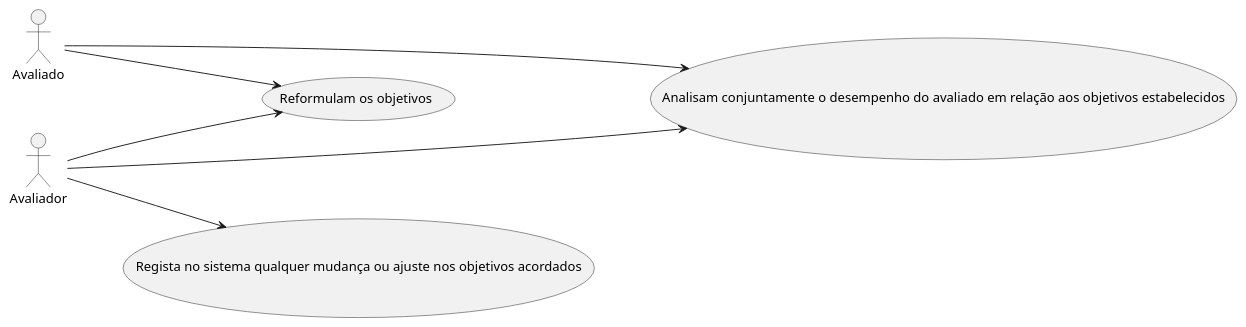
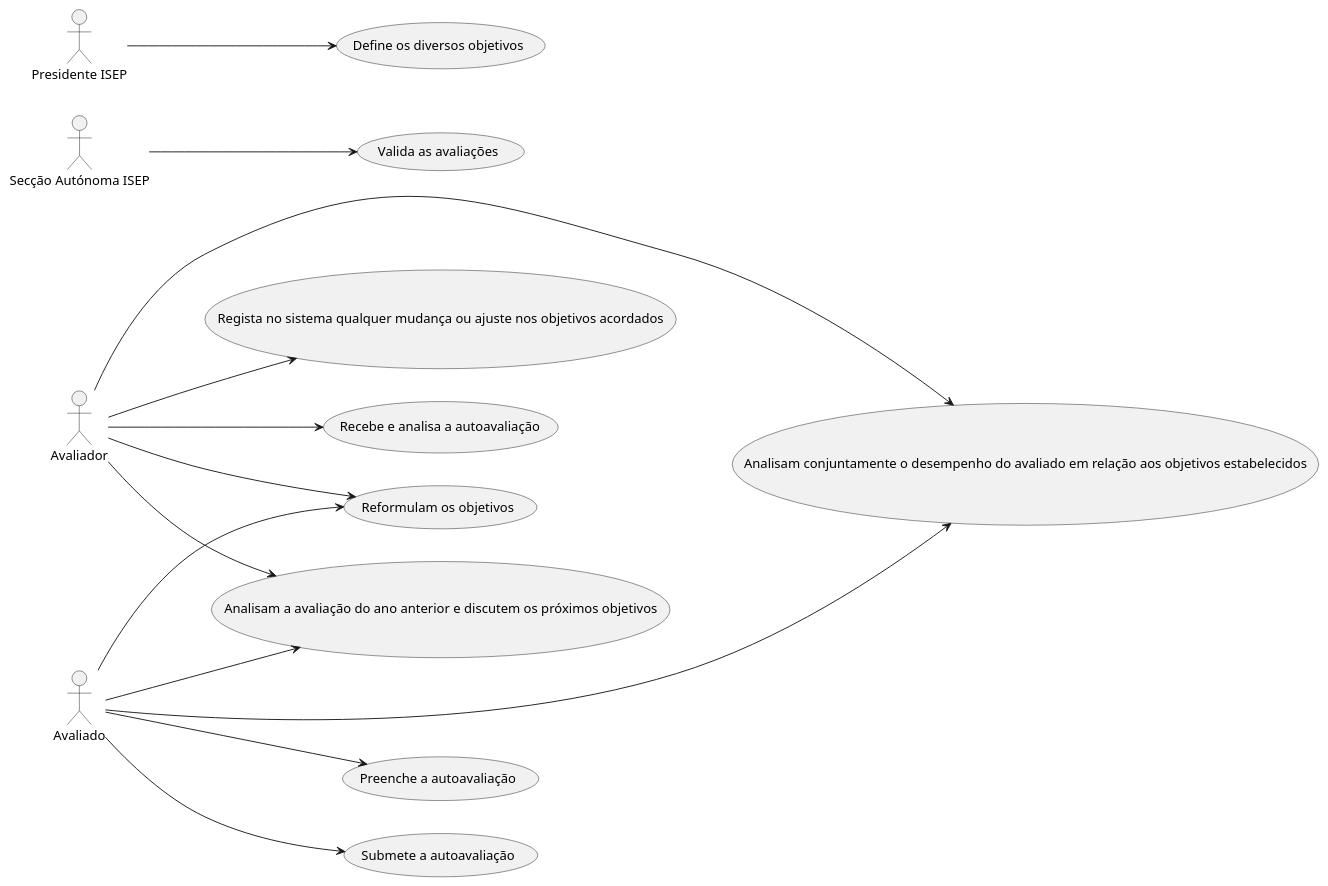
The diagram in UC/Uses Cases.puml (aliceresende/INFOR-ISEP), drawn with PlantUML before and after one commit.

Commit message:
Global Use Cases diagram update

```diff
--- a/UC/Uses Cases.puml
+++ b/UC/Uses Cases.puml
@@ -1,11 +1,20 @@
 @startuml
 'https://plantuml.com/use-case-diagram
 left to right direction
 "Avaliador" --> (Regista no sistema qualquer mudança ou ajuste nos objetivos acordados)
 "Avaliador" ---> (Analisam conjuntamente o desempenho do avaliado em relação aos objetivos estabelecidos)
 "Avaliador" --> (Reformulam os objetivos)
+"Avaliador" --> (Recebe e analisa a autoavaliação)
+"Avaliador" --> (Analisam a avaliação do ano anterior e discutem os próximos objetivos)
 
 "Avaliado" -> (Analisam conjuntamente o desempenho do avaliado em relação aos objetivos estabelecidos)
 "Avaliado" --> (Reformulam os objetivos)
+"Avaliado" --> (Preenche a autoavaliação)
+"Avaliado" --> (Submete a autoavaliação)
+"Avaliado" --> (Analisam a avaliação do ano anterior e discutem os próximos objetivos)
+
+"Secção Autónoma ISEP"--> (Valida as avaliações)
+
+"Presidente ISEP"--> (Define os diversos objetivos)
 
 @enduml
```
